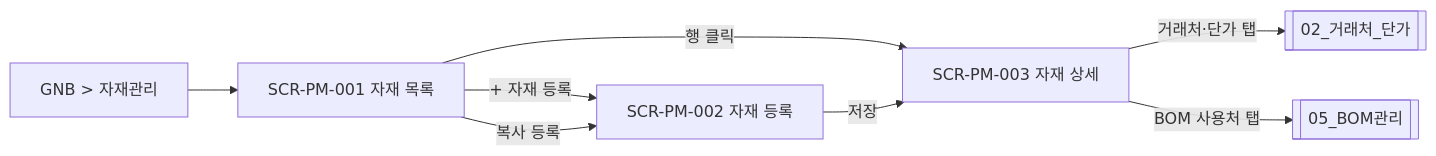
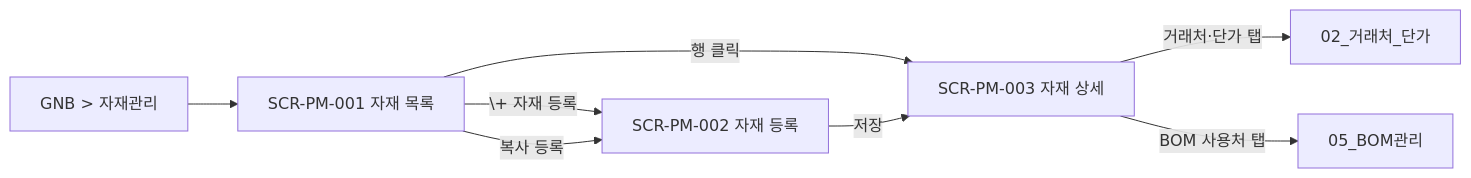
Before and after one commit to team-codecraft/wims2.0: the diagram in docs/3_DE(설계)/DE22-1_화면설계서/sections/01_자재관리.md, drawn with Mermaid. The commit also changed 10 other files, not shown here.

First line of the commit message:
chore: 잡동사니 변경 모음 — Mermaid 문법 수정, editor/package 설정, poc-mermaid 추가

````diff
--- a/docs/3_DE(설계)/DE22-1_화면설계서/sections/01_자재관리.md
+++ b/docs/3_DE(설계)/DE22-1_화면설계서/sections/01_자재관리.md
@@ -31,10 +31,10 @@
 ```mermaid
 flowchart LR
-  GNB[GNB > 자재관리] --> L[SCR-PM-001 자재 목록]
-  L -->|+ 자재 등록| N[SCR-PM-002 자재 등록]
+  GNB["GNB > 자재관리"] --> L[SCR-PM-001 자재 목록]
+  L -->|\+ 자재 등록| N[SCR-PM-002 자재 등록]
   L -->|복사 등록| N
   L -->|행 클릭| D[SCR-PM-003 자재 상세]
-  D -->|거래처·단가 탭| P[[02_거래처_단가]]
-  D -->|BOM 사용처 탭| B[[05_BOM관리]]
+  D -->|거래처·단가 탭| P[02_거래처_단가]
+  D -->|BOM 사용처 탭| B[05_BOM관리]
   N -->|저장| D
 ```
````
